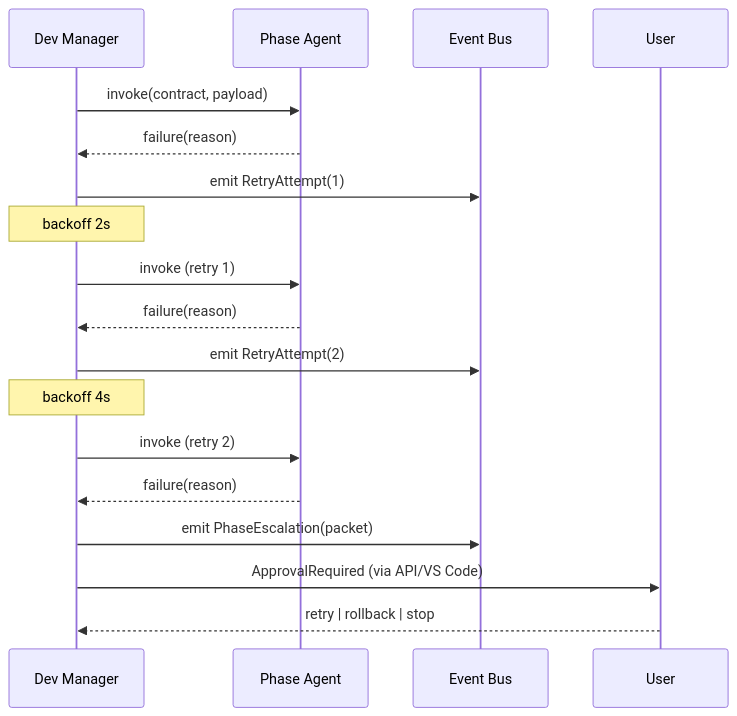
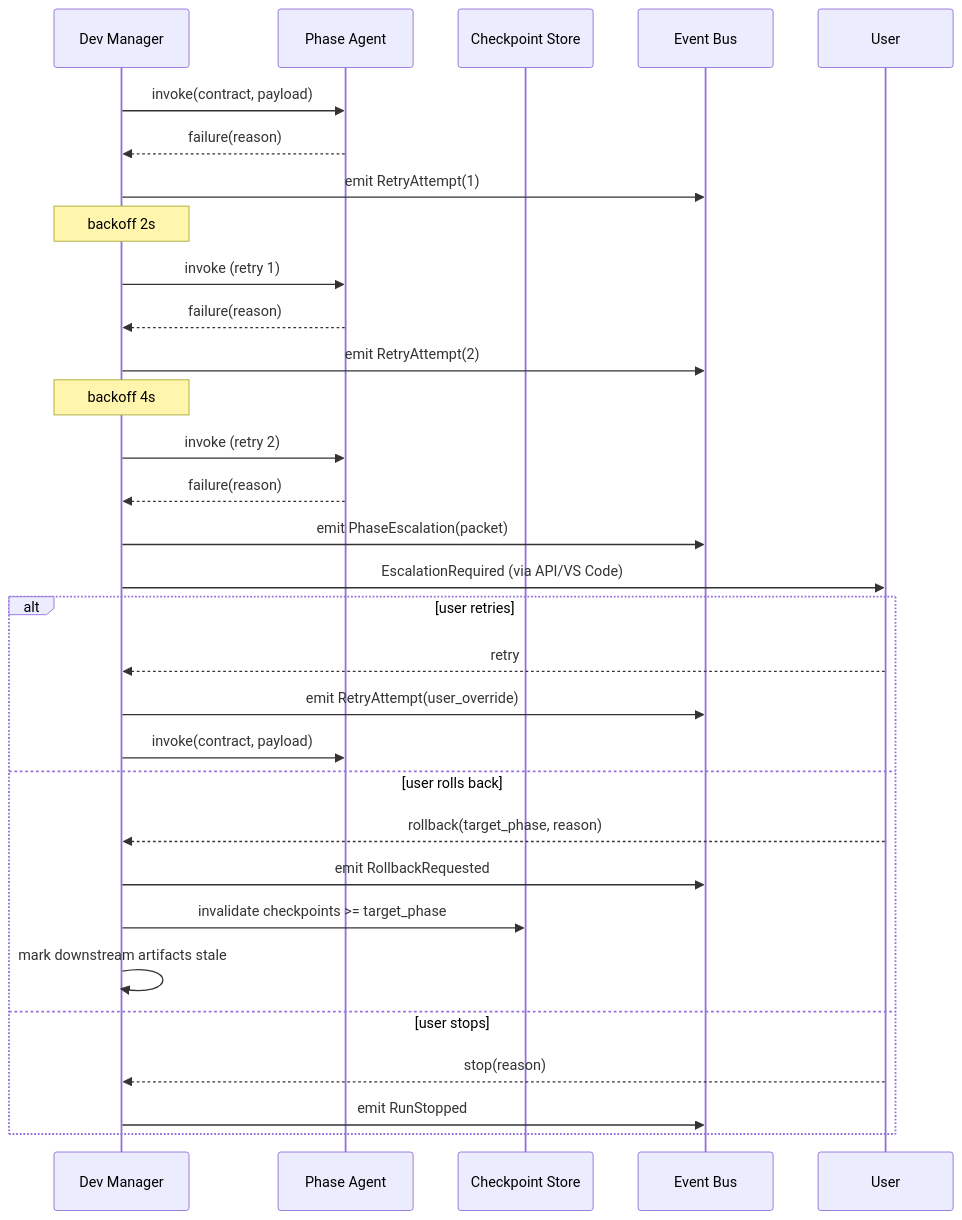
The fifth of 8 diagrams in docs/architecture.md (aai-pai/anvil-coding-agent), drawn with Mermaid before and after one commit. The commit also changed other lines of this file and 1 other file, not shown here.

Commit message:
[ARCHITECTURE] Align spec and architecture docs

````diff
--- a/docs/architecture.md
+++ b/docs/architecture.md
@@ -433,21 +468,34 @@
 ```mermaid
 sequenceDiagram
     participant DM as Dev Manager
     participant PA as Phase Agent
+    participant CS as Checkpoint Store
     participant EB as Event Bus
     participant U as User
 
     DM->>PA: invoke(contract, payload)
     PA-->>DM: failure(reason)
     DM->>EB: emit RetryAttempt(1)
     Note over DM: backoff 2s
     DM->>PA: invoke (retry 1)
     PA-->>DM: failure(reason)
     DM->>EB: emit RetryAttempt(2)
     Note over DM: backoff 4s
     DM->>PA: invoke (retry 2)
     PA-->>DM: failure(reason)
     DM->>EB: emit PhaseEscalation(packet)
-    DM->>U: ApprovalRequired (via API/VS Code)
-    U-->>DM: retry | rollback | stop
+    DM->>U: EscalationRequired (via API/VS Code)
+    alt user retries
+        U-->>DM: retry
+        DM->>EB: emit RetryAttempt(user_override)
+        DM->>PA: invoke(contract, payload)
+    else user rolls back
+        U-->>DM: rollback(target_phase, reason)
+        DM->>EB: emit RollbackRequested
+        DM->>CS: invalidate checkpoints >= target_phase
+        DM->>DM: mark downstream artifacts stale
+    else user stops
+        U-->>DM: stop(reason)
+        DM->>EB: emit RunStopped
+    end
 ```
````
